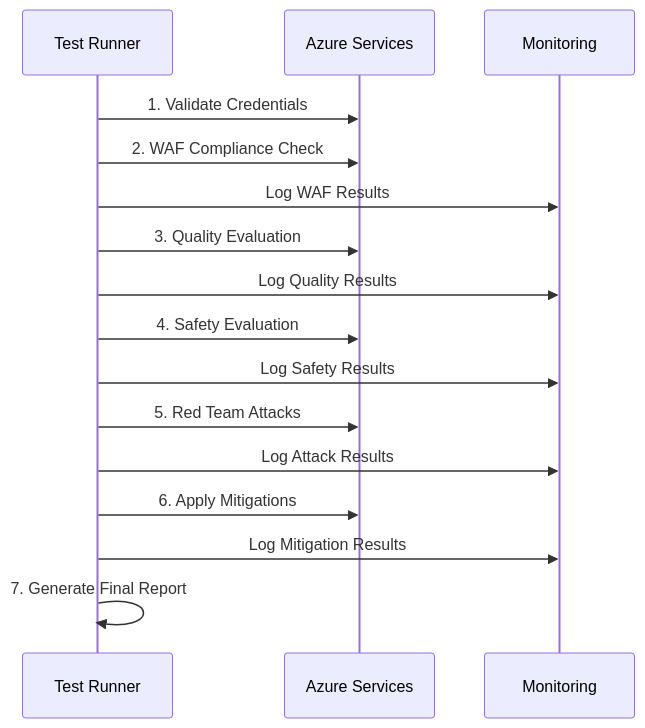
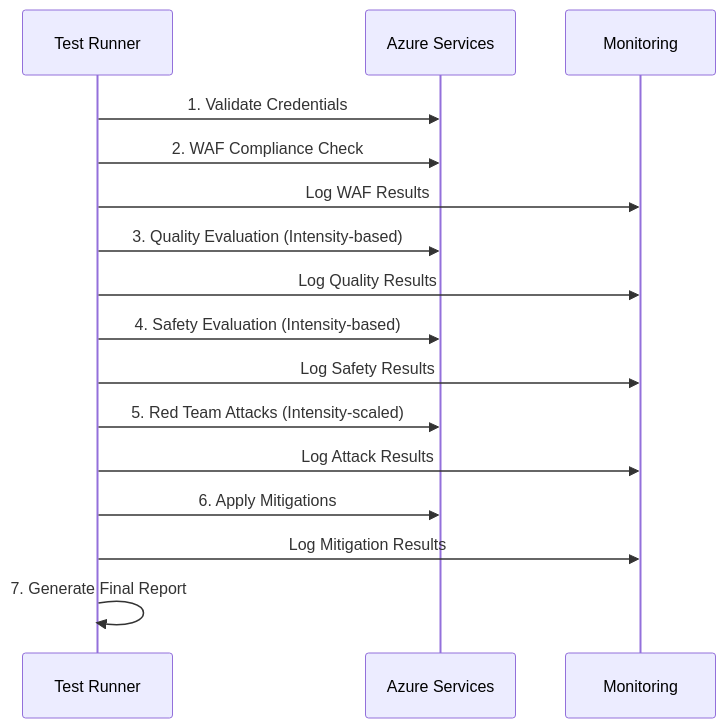
One commit to Guiciani/Red-Team-Agent changed the diagram in General_Review.md. Above: the diagram before and after it, drawn with Mermaid. The commit also changed other lines of this file and 2 other files, not shown here.

````diff
--- a/General_Review.md
+++ b/General_Review.md
@@ -430,19 +494,19 @@
 ```mermaid
 sequenceDiagram
     participant Test as Test Runner
     participant Azure as Azure Services
     participant Monitor as Monitoring
     
     Test->>Azure: 1. Validate Credentials
     Test->>Azure: 2. WAF Compliance Check
     Test->>Monitor: Log WAF Results
-    Test->>Azure: 3. Quality Evaluation
+    Test->>Azure: 3. Quality Evaluation (Intensity-based)
     Test->>Monitor: Log Quality Results
-    Test->>Azure: 4. Safety Evaluation
+    Test->>Azure: 4. Safety Evaluation (Intensity-based)
     Test->>Monitor: Log Safety Results
-    Test->>Azure: 5. Red Team Attacks
+    Test->>Azure: 5. Red Team Attacks (Intensity-scaled)
     Test->>Monitor: Log Attack Results
     Test->>Azure: 6. Apply Mitigations
     Test->>Monitor: Log Mitigation Results
     Test->>Test: 7. Generate Final Report
 ```
````
